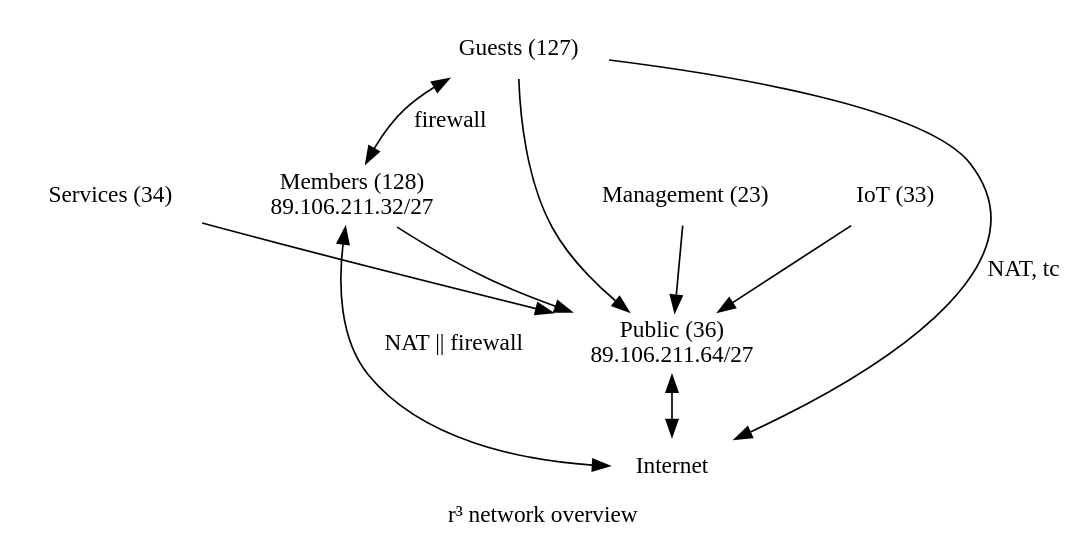
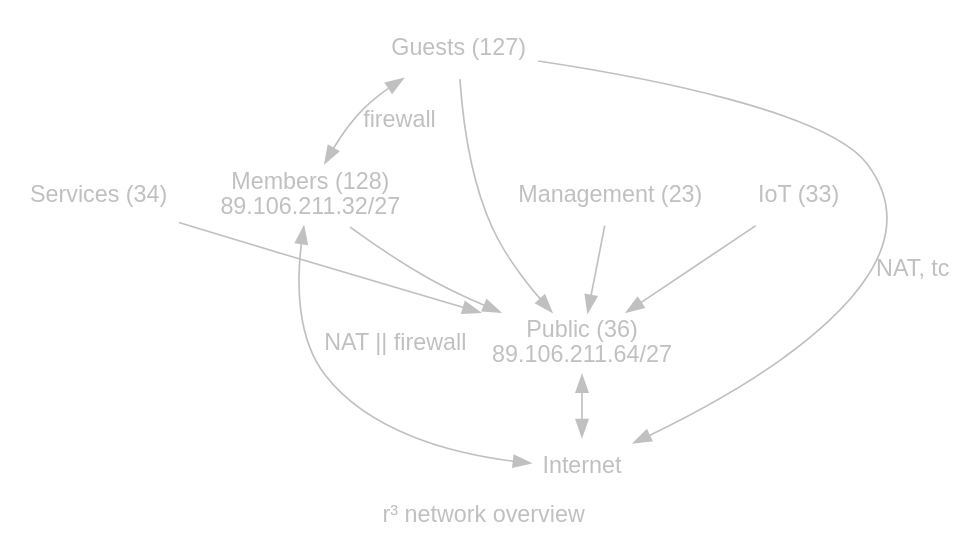
Before and after one commit to realraum/noc: the diagram in doc/Network/overview.dot, drawn with Graphviz.

Commit message:
doc/Network: Make the diagram fit the style of the page

```diff
--- a/doc/Network/overview.dot
+++ b/doc/Network/overview.dot
@@ -1,21 +1,24 @@
 digraph network {
   label="r³ network overview";
-  node [ shape=none ];
-  edge [ lblstyle="above, sloped" ];
+  graph [ bgcolor="#ff000000" fontname="Liberation Sans" fontcolor="#c0c0c0" ];
+  node [ shape=none fontname="Liberation Sans" fontcolor="#c0c0c0" ];
+  edge [fontname="Liberation Sans"
+        fontcolor="#c0c0c0" color="#c0c0c0"
+  ];
 
   public  [ label="Public (36)\n89.106.211.64/27" ]
   inet    [ label="Internet" ]
   guests  [ label="Guests (127)" ]
   members [ label="Members (128)\n89.106.211.32/27" ]
   mgmt    [ label="Management (23)" ]
   iot     [ label="IoT (33)" ]
   svc     [ label="Services (34)" ]
 
   public  -> inet [ dir=both ];
 
   guests  -> inet [ label="NAT, tc" ];
   members -> inet [ dir=both label="NAT || firewall" ];
   guests  -> members [ dir=both label="firewall" ];
 
   {svc mgmt iot guests members} -> public;
 }
```
